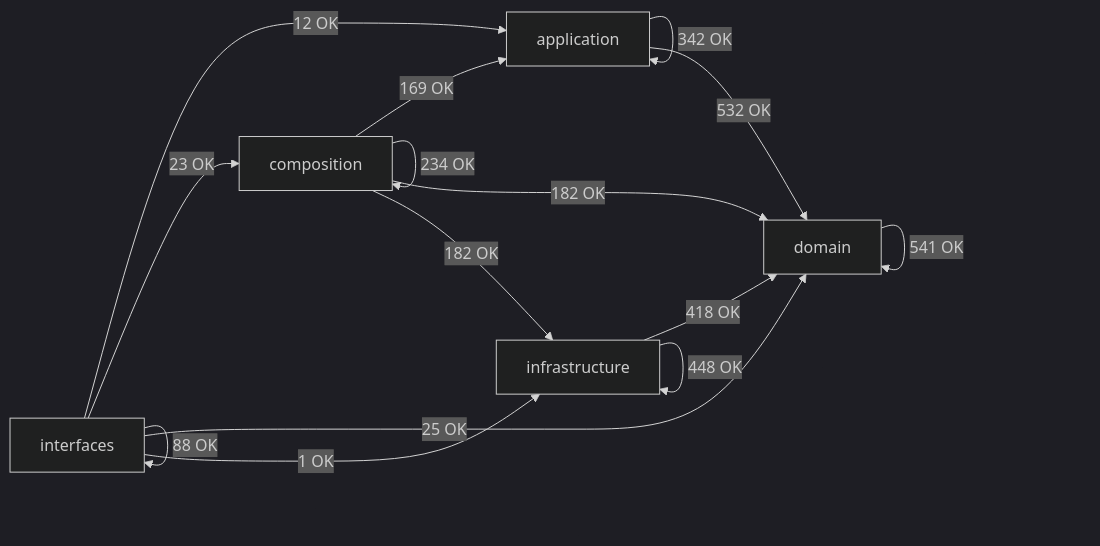
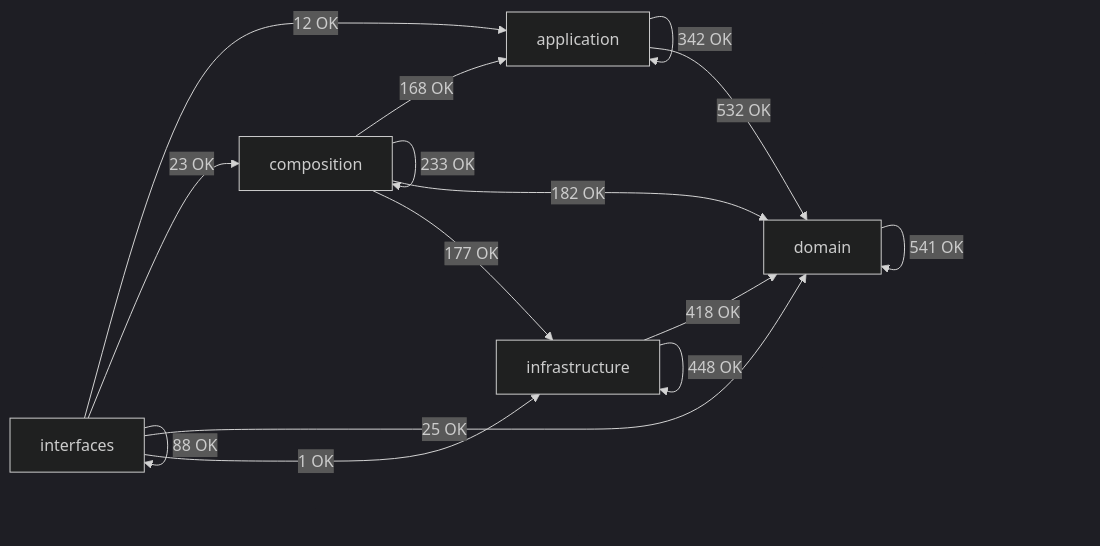
One commit to SatoryKono/BioactivityDataAcquisition changed the diagram in docs/02-architecture/generated/module-dependency-map.md. Above: the diagram before and after it, drawn with Mermaid (dark theme). The commit also changed other lines of this file and 22 other files, not shown here.

````diff
--- a/docs/02-architecture/generated/module-dependency-map.md
+++ b/docs/02-architecture/generated/module-dependency-map.md
@@ -15,22 +15,22 @@
 ```mermaid
 flowchart LR
     domain[domain]
     application[application]
     infrastructure[infrastructure]
     composition[composition]
     interfaces[interfaces]
     application -->|342 OK| application
     application -->|532 OK| domain
-    composition -->|169 OK| application
-    composition -->|234 OK| composition
+    composition -->|168 OK| application
+    composition -->|233 OK| composition
     composition -->|182 OK| domain
-    composition -->|182 OK| infrastructure
+    composition -->|177 OK| infrastructure
     domain -->|541 OK| domain
     infrastructure -->|418 OK| domain
     infrastructure -->|448 OK| infrastructure
     interfaces -->|12 OK| application
     interfaces -->|23 OK| composition
     interfaces -->|25 OK| domain
     interfaces -->|1 OK| infrastructure
     interfaces -->|88 OK| interfaces
 ```
````
